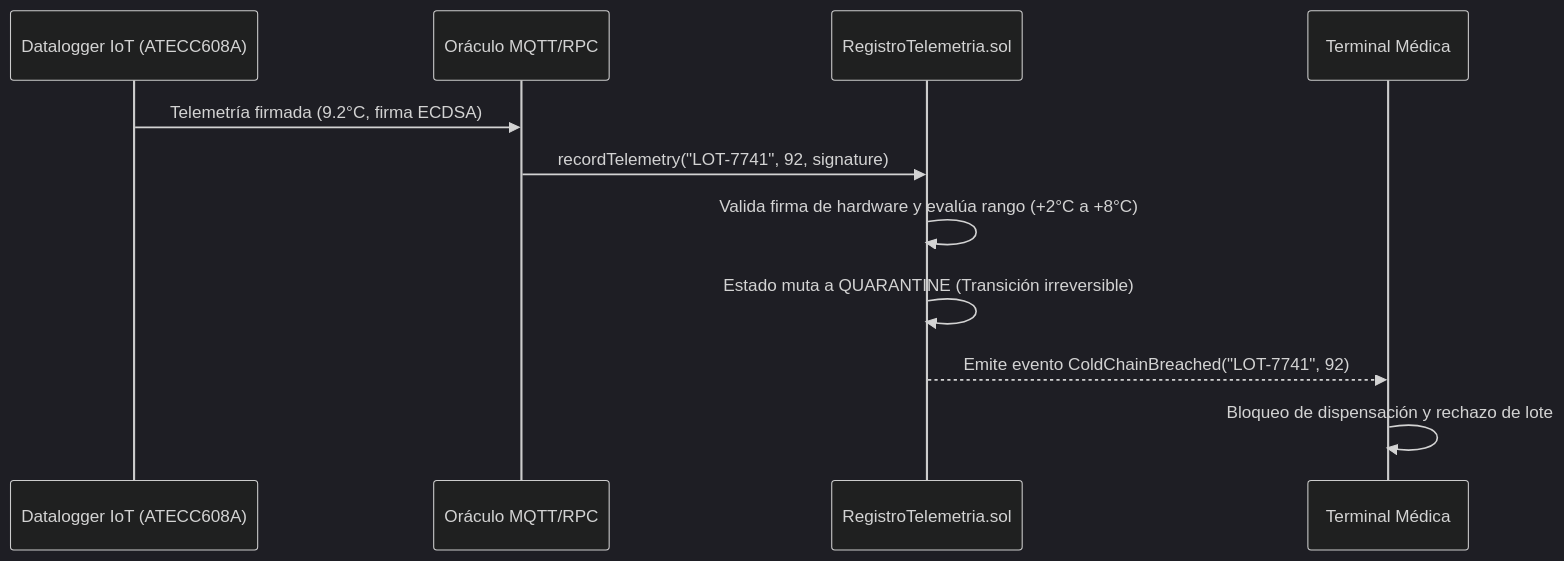
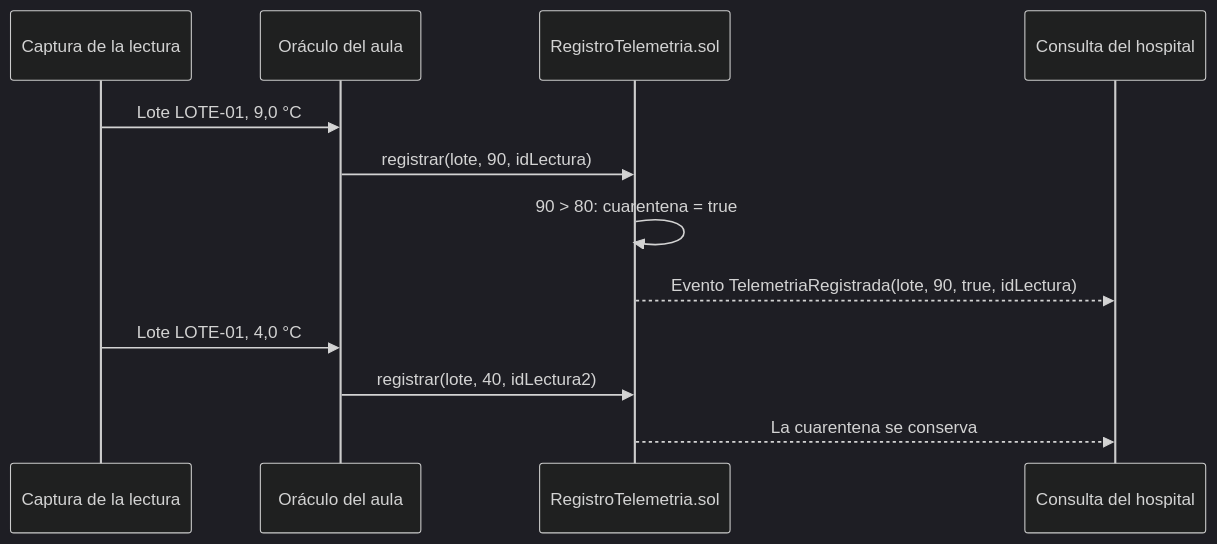
The first of 2 diagrams in docs/01b-casos-adso.md (miuguelt/Guia-IA-Dinero-programable), drawn with Mermaid (dark theme) before and after one commit. The commit also changed other lines of this file and 7 other files, not shown here.

````diff
--- a/docs/01b-casos-adso.md
+++ b/docs/01b-casos-adso.md
@@ -21,14 +30,15 @@
 ```mermaid
 sequenceDiagram
-    participant Datalogger as Datalogger IoT (ATECC608A)
-    participant Oracle as Oráculo MQTT/RPC
-    participant Contract as RegistroTelemetria.sol
-    participant Hospital as Terminal Médica
+    participant Captura as Captura de la lectura
+    participant Oraculo as Oráculo del aula
+    participant Contrato as RegistroTelemetria.sol
+    participant Hospital as Consulta del hospital
 
-    Datalogger->>Oracle: Telemetría firmada (9.2°C, firma ECDSA)
-    Oracle->>Contract: recordTelemetry("LOT-7741", 92, signature)
-    Contract->>Contract: Valida firma de hardware y evalúa rango (+2°C a +8°C)
-    Contract->>Contract: Estado muta a QUARANTINE (Transición irreversible)
-    Contract-->>Hospital: Emite evento ColdChainBreached("LOT-7741", 92)
-    Hospital->>Hospital: Bloqueo de dispensación y rechazo de lote
+    Captura->>Oraculo: Lote LOTE-01, 9,0 °C
+    Oraculo->>Contrato: registrar(lote, 90, idLectura)
+    Contrato->>Contrato: 90 > 80: cuarentena = true
+    Contrato-->>Hospital: Evento TelemetriaRegistrada(lote, 90, true, idLectura)
+    Captura->>Oraculo: Lote LOTE-01, 4,0 °C
+    Oraculo->>Contrato: registrar(lote, 40, idLectura2)
+    Contrato-->>Hospital: La cuarentena se conserva
 ```
````
